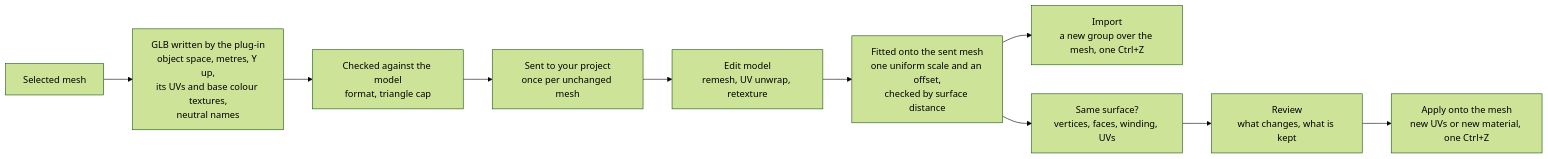
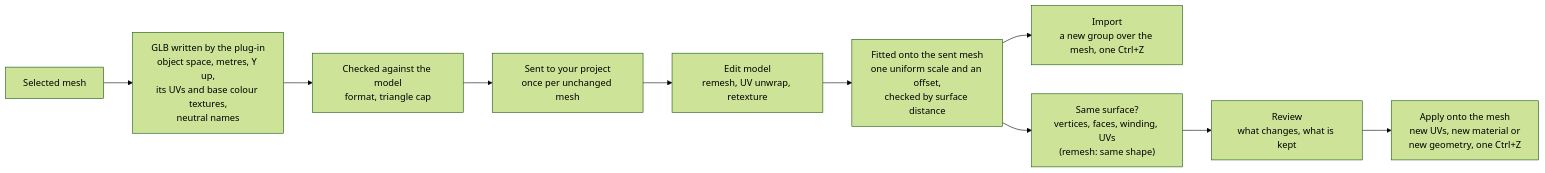
One commit to scenario-labs/maya-plugin changed the first of 3 diagrams in README.md. Above: the diagram before and after it, drawn with Mermaid (forest theme). The commit also changed other lines of this file and 16 other files, not shown here.

````diff
--- a/README.md
+++ b/README.md
@@ -110,12 +110,12 @@
 ```mermaid
 flowchart LR
     mesh["Selected mesh"] --> glb["GLB written by the plug-in<br/>object space, metres, Y up,<br/>its UVs and base colour textures,<br/>neutral names"]
     glb --> check["Checked against the model<br/>format, triangle cap"]
     check --> send["Sent to your project<br/>once per unchanged mesh"]
     send --> model["Edit model<br/>remesh, UV unwrap, retexture"]
     model --> fit["Fitted onto the sent mesh<br/>one uniform scale and an offset,<br/>checked by surface distance"]
     fit --> land["Import<br/>a new group over the mesh, one Ctrl+Z"]
-    fit --> proof["Same surface?<br/>vertices, faces, winding, UVs"]
+    fit --> proof["Same surface?<br/>vertices, faces, winding, UVs<br/>(remesh: same shape)"]
     proof --> review["Review<br/>what changes, what is kept"]
-    review --> apply["Apply onto the mesh<br/>new UVs or new material, one Ctrl+Z"]
+    review --> apply["Apply onto the mesh<br/>new UVs, new material or<br/>new geometry, one Ctrl+Z"]
 ```
````
